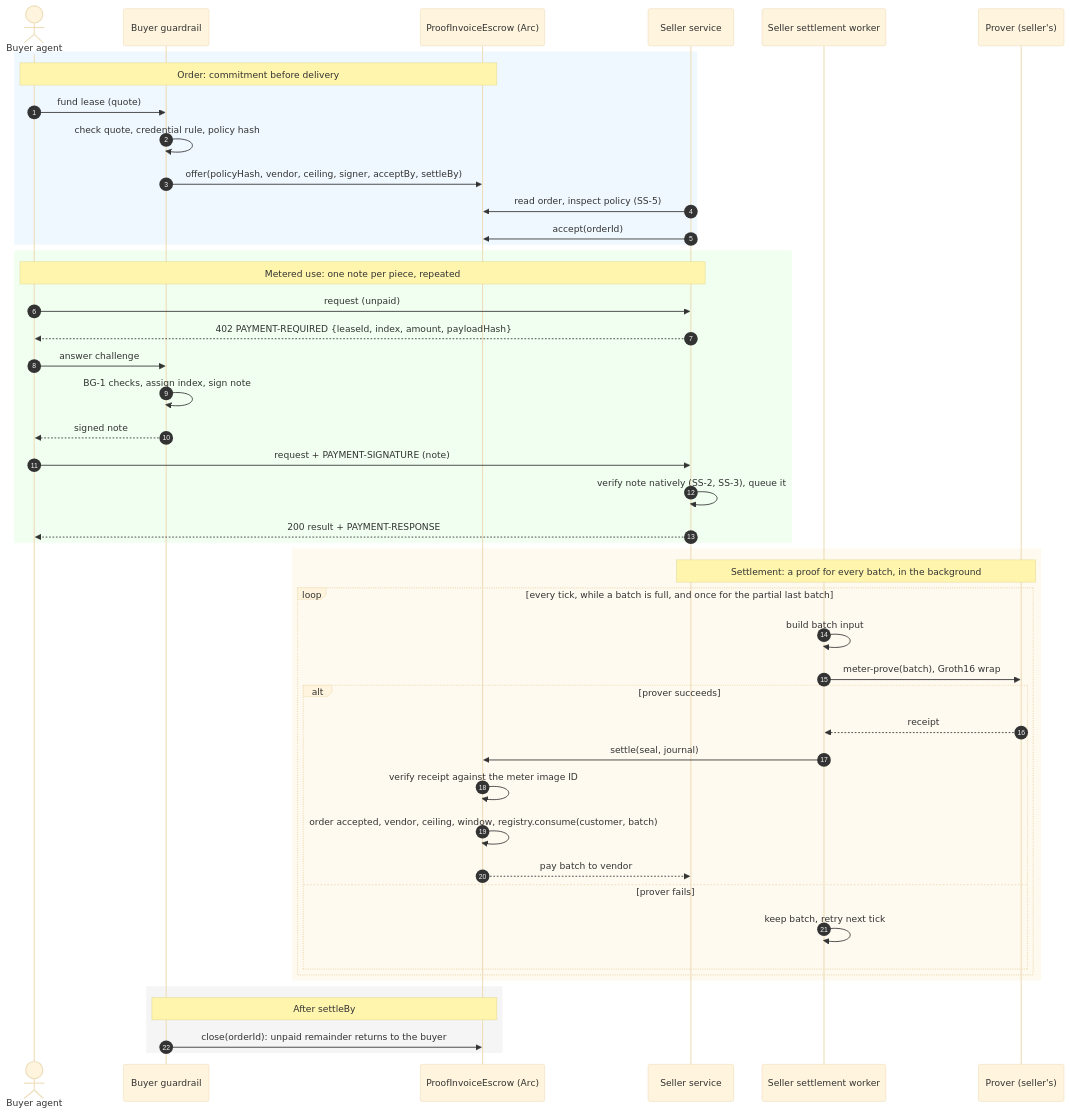
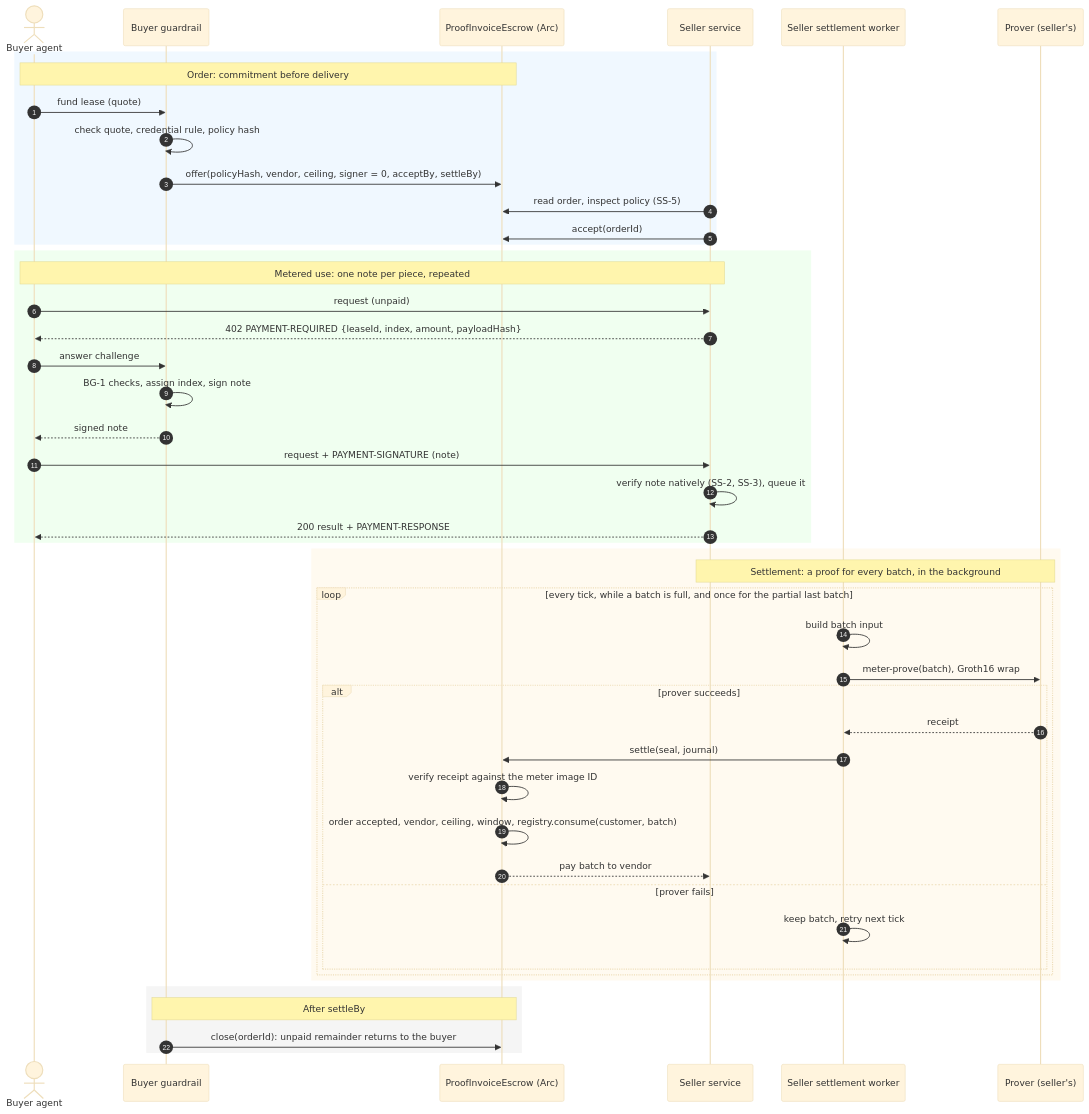
Before and after one commit to mnemonik-xyz/policy-execution: the first of 2 diagrams in docs/product/lease-evidence.md, drawn with Mermaid (base theme).

Commit message:
Diagram: offer with no signer

````diff
--- a/docs/product/lease-evidence.md
+++ b/docs/product/lease-evidence.md
@@ -122,53 +122,53 @@
 ```mermaid
 sequenceDiagram
     autonumber
     actor Agent as Buyer agent
     participant Guard as Buyer guardrail
     participant Escrow as ProofInvoiceEscrow (Arc)
     participant Svc as Seller service
     participant Worker as Seller settlement worker
     participant Prover as Prover (seller's)
 
     rect rgb(240, 248, 255)
     Note over Agent,Escrow: Order: commitment before delivery
     Agent->>Guard: fund lease (quote)
     Guard->>Guard: check quote, credential rule, policy hash
-    Guard->>Escrow: offer(policyHash, vendor, ceiling, signer, acceptBy, settleBy)
+    Guard->>Escrow: offer(policyHash, vendor, ceiling, signer = 0, acceptBy, settleBy)
     Svc->>Escrow: read order, inspect policy (SS-5)
     Svc->>Escrow: accept(orderId)
     end
 
     rect rgb(240, 255, 240)
     Note over Agent,Svc: Metered use: one note per piece, repeated
     Agent->>Svc: request (unpaid)
     Svc-->>Agent: 402 PAYMENT-REQUIRED {leaseId, index, amount, payloadHash}
     Agent->>Guard: answer challenge
     Guard->>Guard: BG-1 checks, assign index, sign note
     Guard-->>Agent: signed note
     Agent->>Svc: request + PAYMENT-SIGNATURE (note)
     Svc->>Svc: verify note natively (SS-2, SS-3), queue it
     Svc-->>Agent: 200 result + PAYMENT-RESPONSE
     end
 
     rect rgb(255, 250, 240)
     Note over Svc,Prover: Settlement: a proof for every batch, in the background
     loop every tick, while a batch is full, and once for the partial last batch
         Worker->>Worker: build batch input
         Worker->>Prover: meter-prove(batch), Groth16 wrap
         alt prover succeeds
             Prover-->>Worker: receipt
             Worker->>Escrow: settle(seal, journal)
             Escrow->>Escrow: verify receipt against the meter image ID
             Escrow->>Escrow: order accepted, vendor, ceiling, window, registry.consume(customer, batch)
             Escrow-->>Svc: pay batch to vendor
         else prover fails
             Worker->>Worker: keep batch, retry next tick
         end
     end
     end
 
     rect rgb(245, 245, 245)
     Note over Guard,Escrow: After settleBy
     Guard->>Escrow: close(orderId): unpaid remainder returns to the buyer
     end
 ```
````
